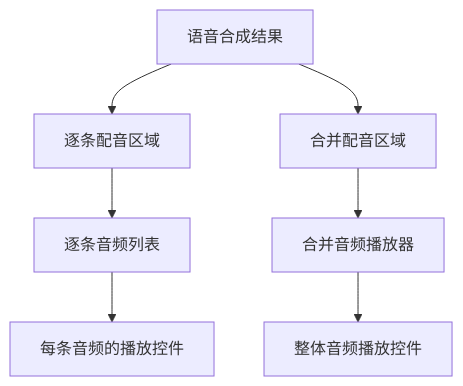
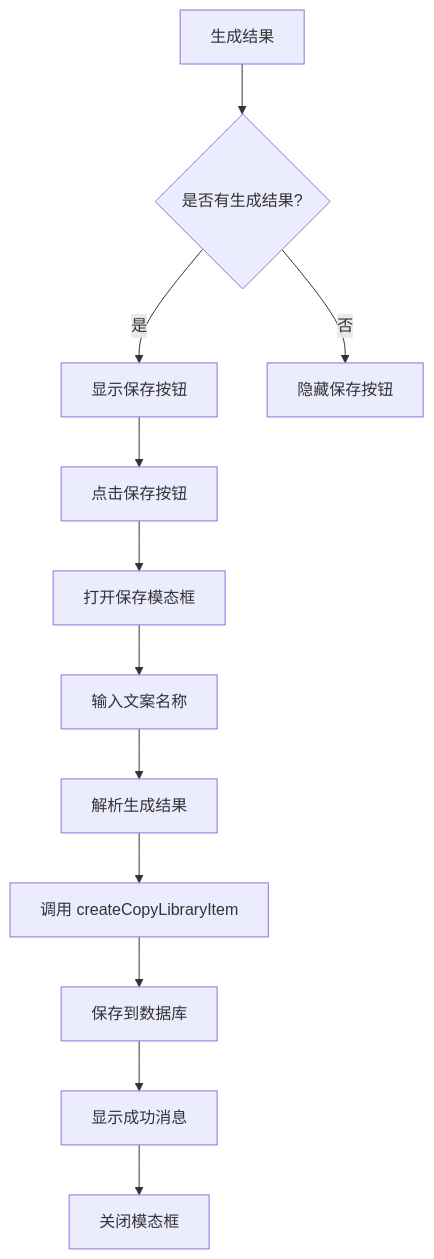
Before and after one commit to hanksd769-droid/sailshub: the sixth of 8 diagrams in .qoder/repowiki/zh/content/Product Copy Page.md, drawn with Mermaid. The commit also changed other lines of this file and 6 other files, not shown here.

````diff
--- a/.qoder/repowiki/zh/content/Product Copy Page.md
+++ b/.qoder/repowiki/zh/content/Product Copy Page.md
@@ -264,9 +305,14 @@
 ```mermaid
-graph TB
-A[语音合成结果] --> B[逐条配音区域]
-A --> C[合并配音区域]
-B --> D[逐条音频列表]
-C --> E[合并音频播放器]
-D --> F[每条音频的播放控件]
-E --> G[整体音频播放控件]
+flowchart TD
+A[生成结果] --> B{是否有生成结果?}
+B --> |是| C[显示保存按钮]
+B --> |否| D[隐藏保存按钮]
+C --> E[点击保存按钮]
+E --> F[打开保存模态框]
+F --> G[输入文案名称]
+G --> H[解析生成结果]
+H --> I[调用 createCopyLibraryItem]
+I --> J[保存到数据库]
+J --> K[显示成功消息]
+K --> L[关闭模态框]
 ```
````
